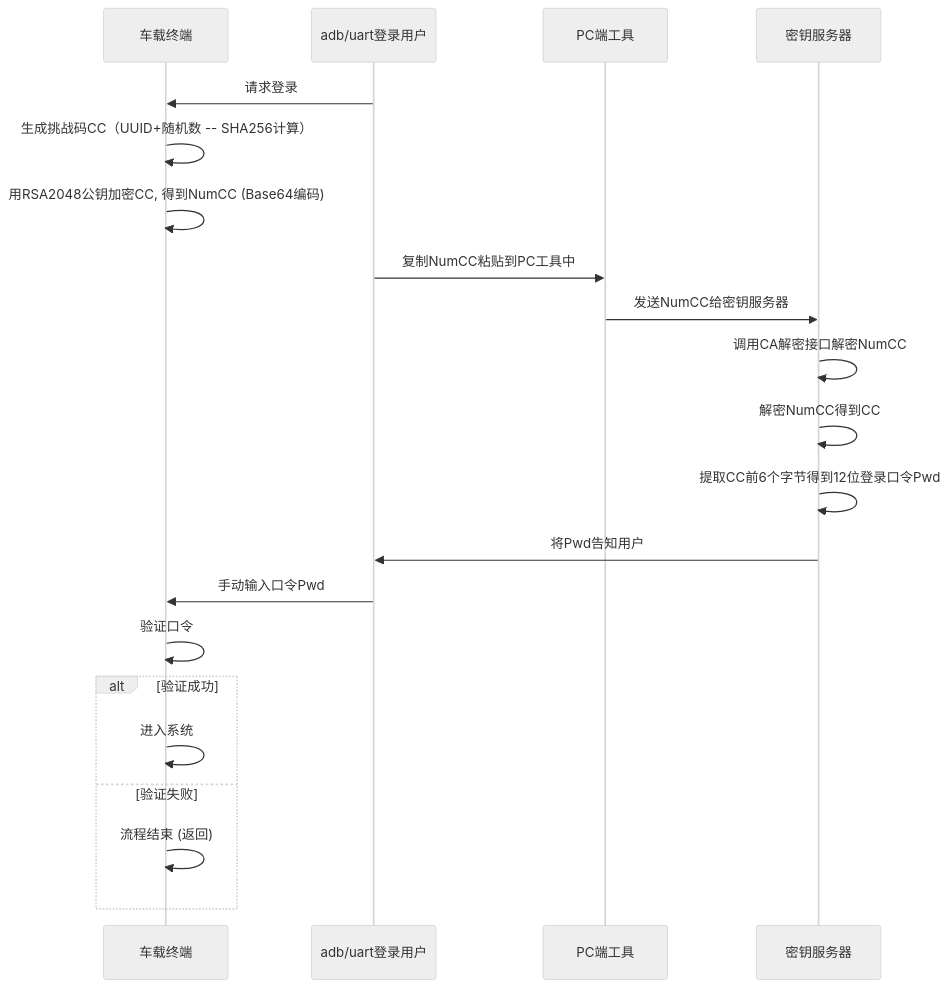
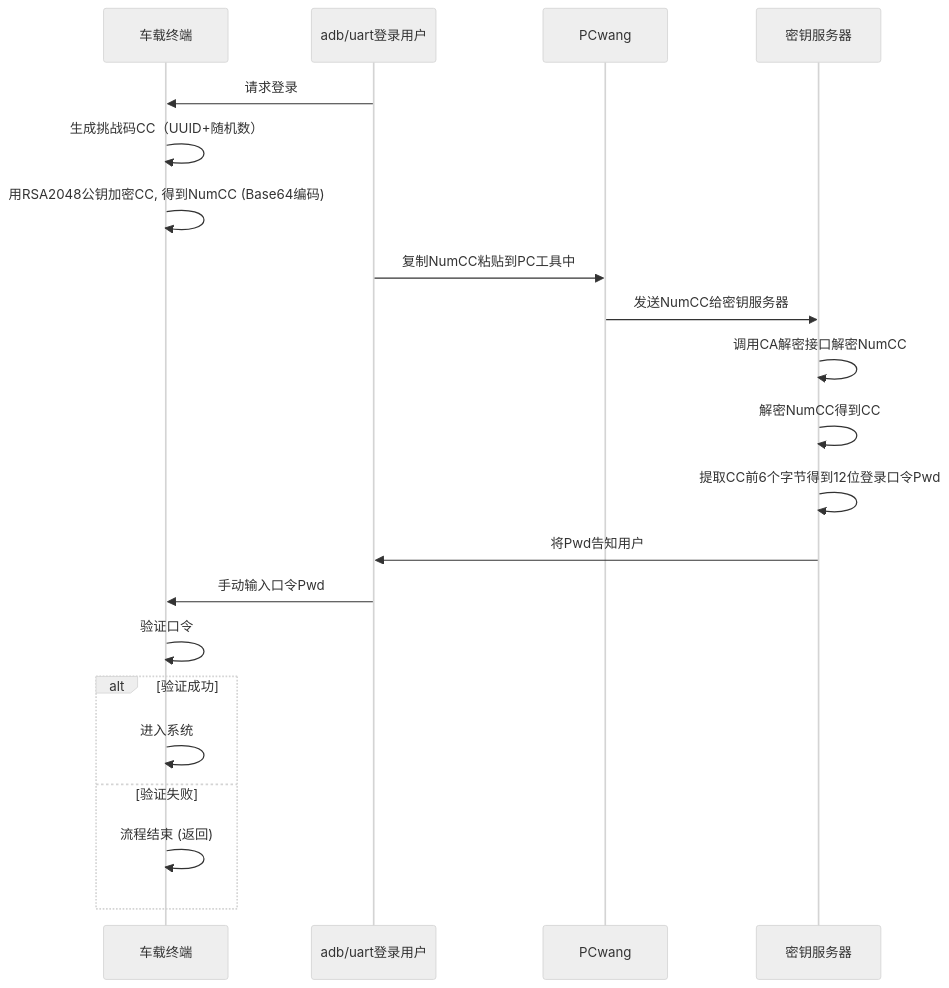
Before and after one commit to facebook-cloud/iodraw-files: the diagram in all/未命名-14.md, drawn with Mermaid (neutral theme).

Commit message:
2026-02-03 13:24:48 update

````diff
--- a/all/未命名-14.md
+++ b/all/未命名-14.md
@@ -1,27 +1,27 @@
 ```mermaid
 sequenceDiagram
     participant tbox as 车载终端
     participant user as adb/uart登录用户
-    participant pc as PC端工具
+    participant pc as PCwang
     participant tech_center as 密钥服务器
   
 
     user->>tbox: 请求登录
-    tbox->>tbox: 生成挑战码CC（UUID+随机数 -- SHA256计算）
+    tbox->>tbox: 生成挑战码CC（UUID+随机数）
     tbox->>tbox: 用RSA2048公钥加密CC, 得到NumCC (Base64编码)
     user->>pc: 复制NumCC粘贴到PC工具中
     pc->>tech_center: 发送NumCC给密钥服务器
     tech_center->>tech_center: 调用CA解密接口解密NumCC
     tech_center->>tech_center: 解密NumCC得到CC
     tech_center->>tech_center: 提取CC前6个字节得到12位登录口令Pwd
     tech_center->>user: 将Pwd告知用户
     user->>tbox: 手动输入口令Pwd
     tbox->>tbox: 验证口令
     alt 验证成功
         tbox->>tbox: 进入系统
     else 验证失败
         tbox->>tbox: 流程结束 (返回)
     end
 
 
 ```
````
